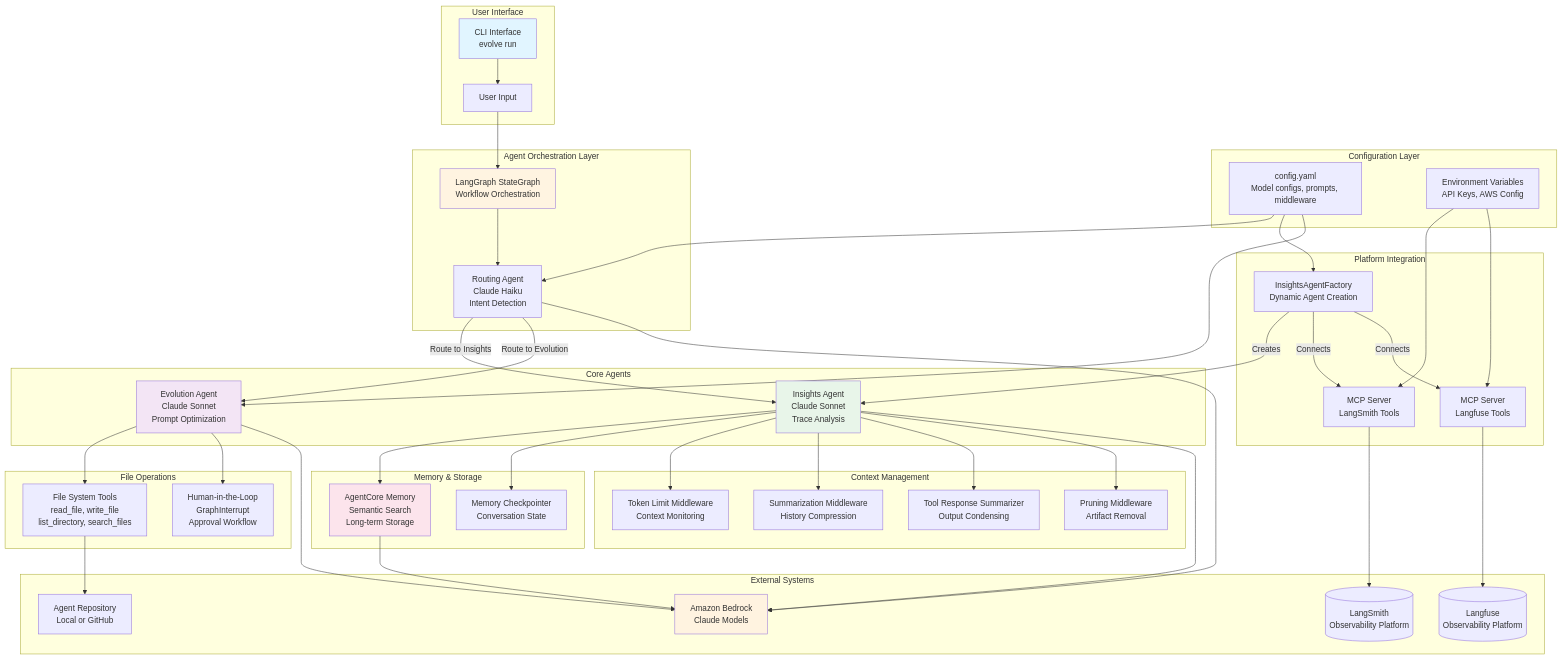
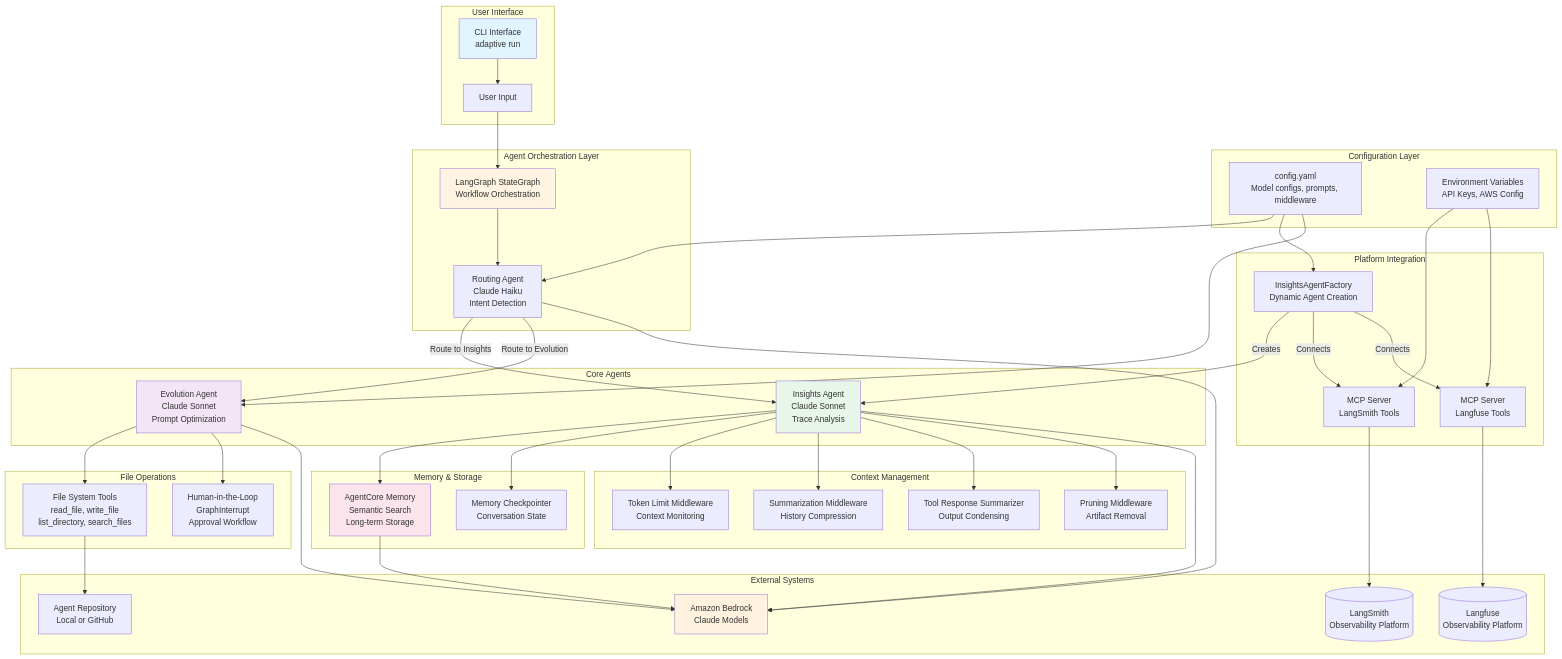
Before and after one commit to madhurprash/Adaptive: the first of 7 diagrams in blog/architecture-diagram.md, drawn with Mermaid. The commit also changed other lines of this file and 6 other files, not shown here.

````diff
--- a/blog/architecture-diagram.md
+++ b/blog/architecture-diagram.md
@@ -5,7 +5,7 @@
 ```mermaid
 graph TB
     subgraph "User Interface"
-        CLI[CLI Interface<br/>evolve run]
+        CLI[CLI Interface<br/>adaptive run]
         User[User Input]
     end
 
````
